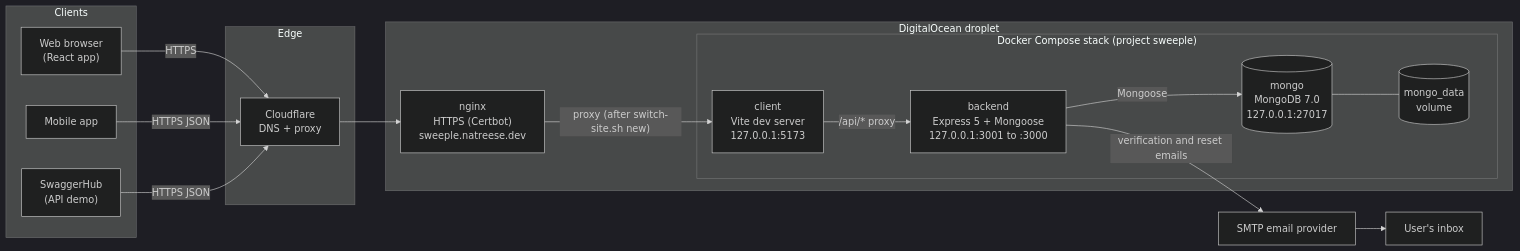
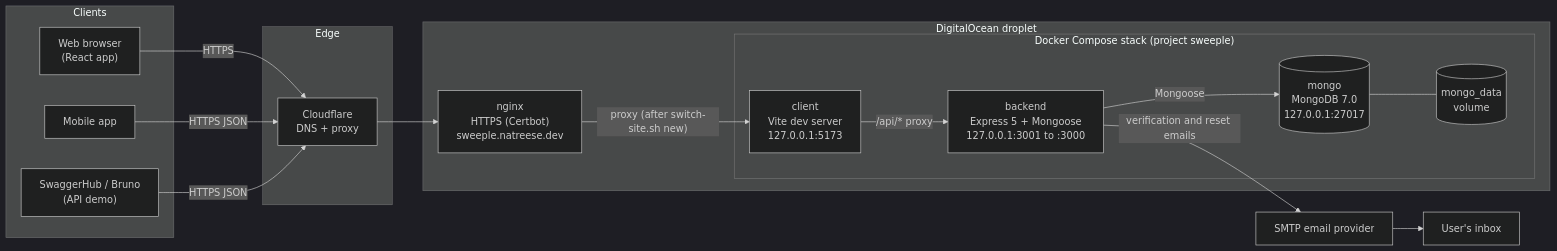
One commit to Skatboards/COP4331-MERN-Project changed the first of 4 diagrams in docs/system-design.md. Above: the diagram before and after it, drawn with Mermaid (dark theme). The commit also changed 5 other files, not shown here.

First line of the commit message:
Update docs for the login page, Bruno, and the API lab

````diff
--- a/docs/system-design.md
+++ b/docs/system-design.md
@@ -9,36 +9,36 @@
 ```mermaid
 flowchart LR
     subgraph Clients
         browser["Web browser<br/>(React app)"]
         mobile["Mobile app"]
-        swagger["SwaggerHub<br/>(API demo)"]
+        swagger["SwaggerHub / Bruno<br/>(API demo)"]
     end
 
     subgraph Edge
         cf["Cloudflare<br/>DNS + proxy"]
     end
 
     subgraph Droplet["DigitalOcean droplet"]
         nginx["nginx<br/>HTTPS (Certbot)<br/>sweeple.natreese.dev"]
         subgraph Stack["Docker Compose stack (project sweeple)"]
             client["client<br/>Vite dev server<br/>127.0.0.1:5173"]
             backend["backend<br/>Express 5 + Mongoose<br/>127.0.0.1:3001 to :3000"]
             mongo[("mongo<br/>MongoDB 7.0<br/>127.0.0.1:27017")]
             vol[("mongo_data<br/>volume")]
         end
     end
 
     smtp["SMTP email provider"]
     inbox["User's inbox"]
 
     browser -->|HTTPS| cf
     mobile -->|HTTPS JSON| cf
     swagger -->|HTTPS JSON| cf
     cf --> nginx
     nginx -->|"proxy (after switch-site.sh new)"| client
     client -->|"/api/* proxy"| backend
     backend -->|Mongoose| mongo
     mongo --- vol
     backend -->|"verification and reset emails"| smtp
     smtp --> inbox
 ```
````
